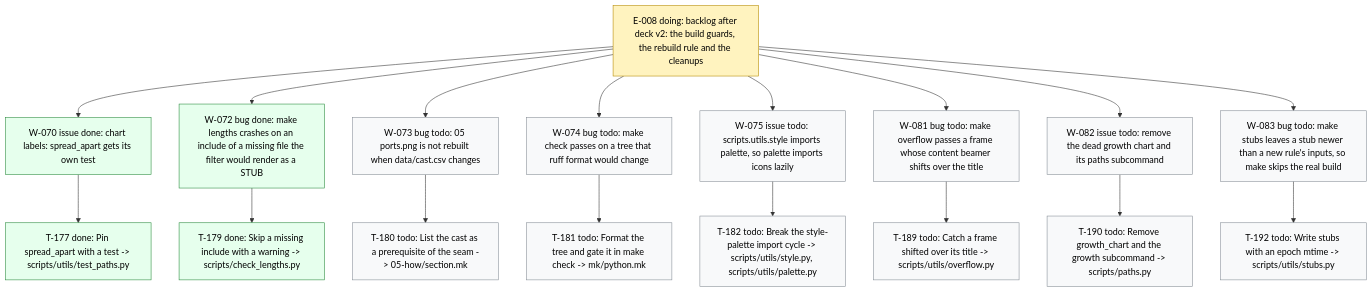
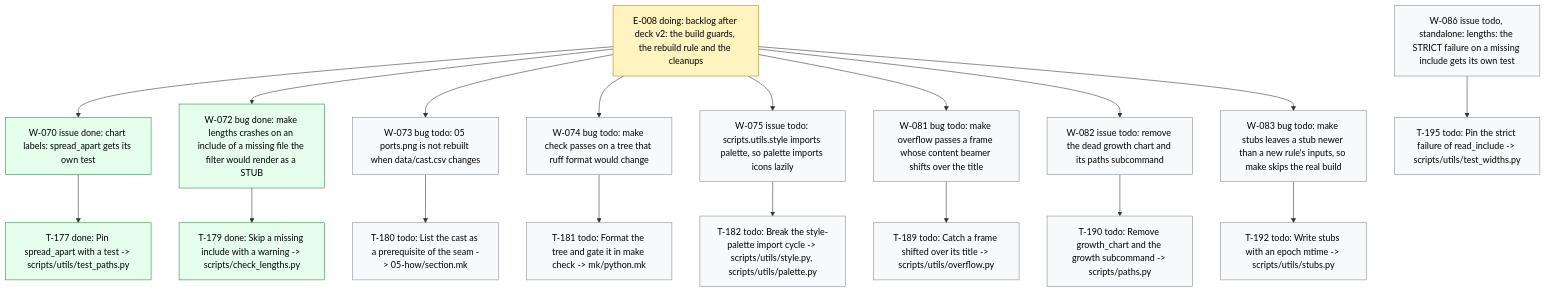
The diagram in .board/BOARD.md (dpopchev/chaos-to-simple), drawn with Mermaid before and after one commit. The commit also changed other lines of this file and 3 other files, not shown here.

````diff
--- a/.board/BOARD.md
+++ b/.board/BOARD.md
@@ -485,28 +486,30 @@
 ```mermaid
 flowchart TD
   E008["E-008 doing: backlog after deck v2: the build guards, the rebuild rule and the cleanups"]
   E008 --> W070["W-070 issue done: chart labels: spread_apart gets its own test"]
   W070 --> T177["T-177 done: Pin spread_apart with a test -> scripts/utils/test_paths.py"]
   E008 --> W072["W-072 bug done: make lengths crashes on an include of a missing file the filter would render as a STUB"]
   W072 --> T179["T-179 done: Skip a missing include with a warning -> scripts/check_lengths.py"]
   E008 --> W073["W-073 bug todo: 05 ports.png is not rebuilt when data/cast.csv changes"]
   W073 --> T180["T-180 todo: List the cast as a prerequisite of the seam -> 05-how/section.mk"]
   E008 --> W074["W-074 bug todo: make check passes on a tree that ruff format would change"]
   W074 --> T181["T-181 todo: Format the tree and gate it in make check -> mk/python.mk"]
   E008 --> W075["W-075 issue todo: scripts.utils.style imports palette, so palette imports icons lazily"]
   W075 --> T182["T-182 todo: Break the style-palette import cycle -> scripts/utils/style.py, scripts/utils/palette.py"]
   E008 --> W081["W-081 bug todo: make overflow passes a frame whose content beamer shifts over the title"]
   W081 --> T189["T-189 todo: Catch a frame shifted over its title -> scripts/utils/overflow.py"]
   E008 --> W082["W-082 issue todo: remove the dead growth chart and its paths subcommand"]
   W082 --> T190["T-190 todo: Remove growth_chart and the growth subcommand -> scripts/paths.py"]
   E008 --> W083["W-083 bug todo: make stubs leaves a stub newer than a new rule's inputs, so make skips the real build"]
   W083 --> T192["T-192 todo: Write stubs with an epoch mtime -> scripts/utils/stubs.py"]
+  W086["W-086 issue todo, standalone: lengths: the STRICT failure on a missing include gets its own test"]
+  W086 --> T195["T-195 todo: Pin the strict failure of read_include -> scripts/utils/test_widths.py"]
   classDef doing fill:#fff3bf,stroke:#b58900,color:#000;
   classDef blocked fill:#ffe3e3,stroke:#c92a2a,color:#000;
   classDef done fill:#e6ffed,stroke:#2b8a3e,color:#000;
   classDef todo fill:#f8f9fa,stroke:#868e96,color:#000;
   classDef pruned fill:#f1f3f5,stroke:#adb5bd,color:#000;
   class E008 doing
   class W070,T177,W072,T179 done
-  class W073,T180,W074,T181,W075,T182,W081,T189,W082,T190,W083,T192 todo
+  class W073,T180,W074,T181,W075,T182,W081,T189,W082,T190,W083,T192,W086,T195 todo
 ```
````
